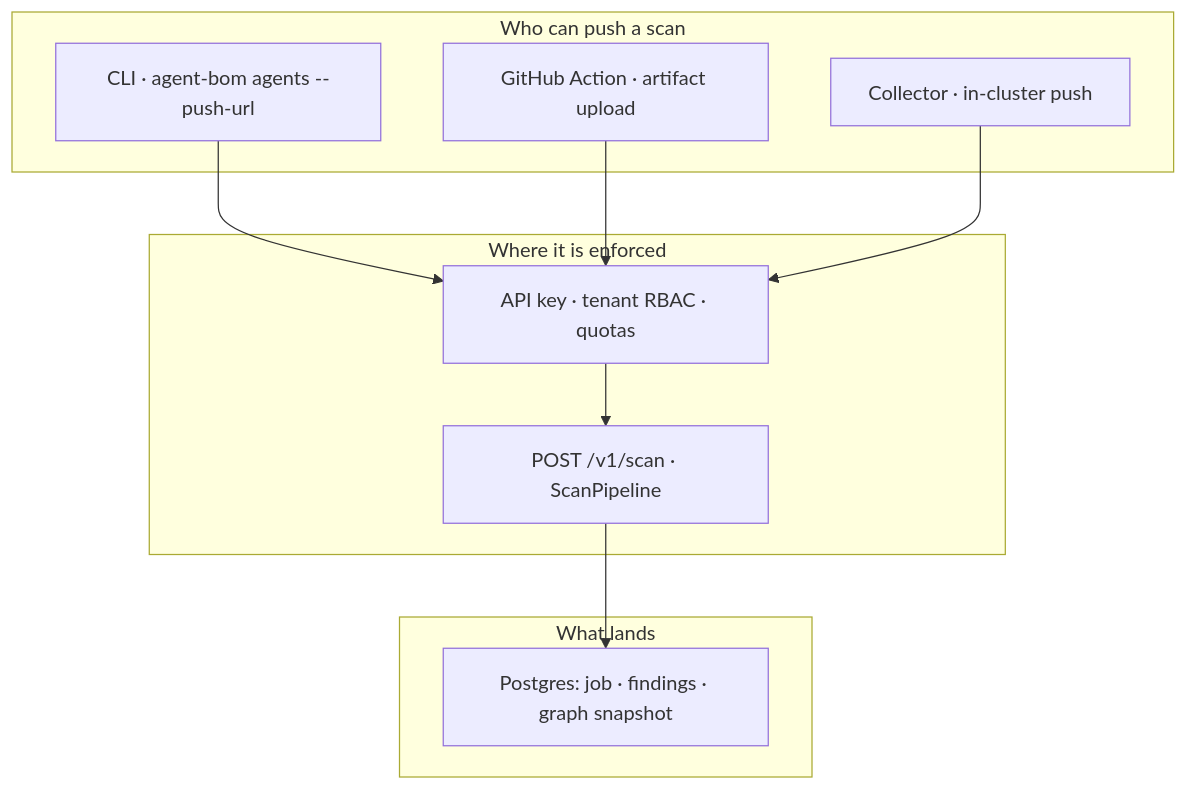
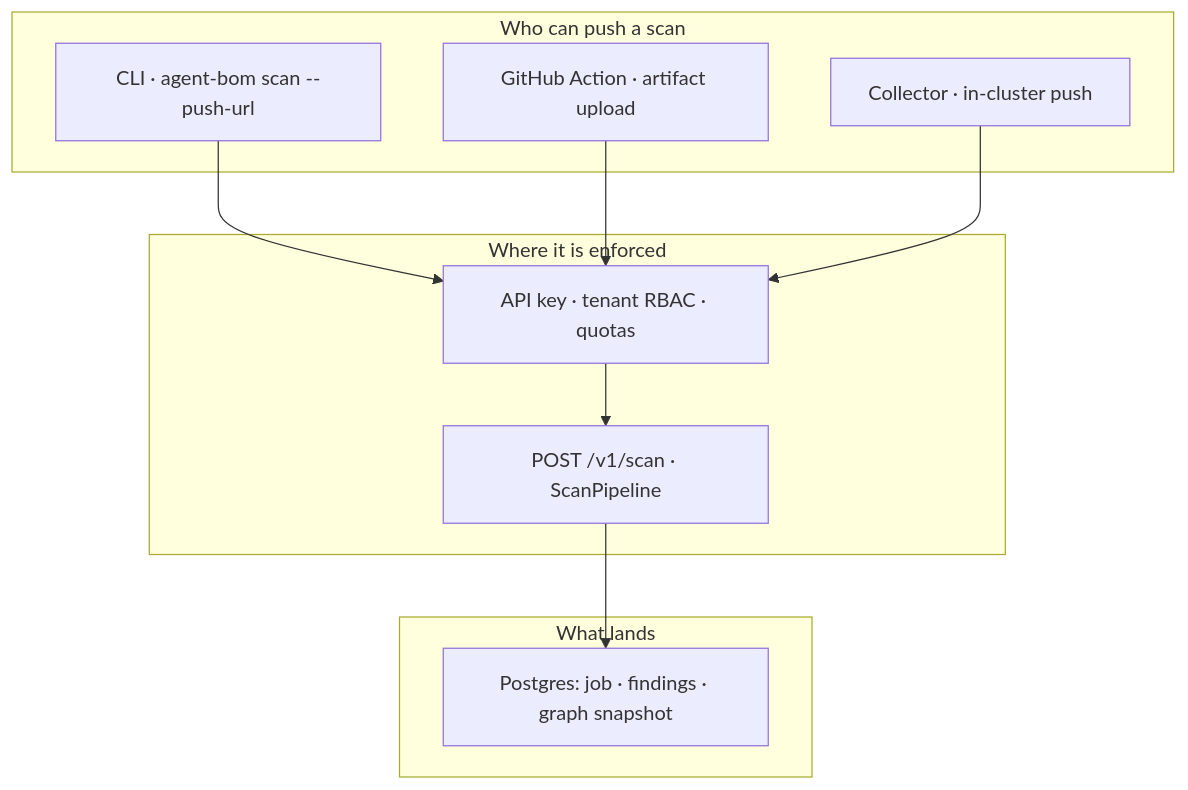
Before and after one commit to msaad00/agent-bom: the second of 2 diagrams in site-docs/architecture/how-agent-bom-works.md, drawn with Mermaid. The commit also changed 21 other files, not shown here.

````diff
--- a/site-docs/architecture/how-agent-bom-works.md
+++ b/site-docs/architecture/how-agent-bom-works.md
@@ -84,22 +84,22 @@
 ```mermaid
 flowchart TB
     subgraph Who["Who can push a scan"]
-        CLI["CLI · agent-bom agents --push-url"]
+        CLI["CLI · agent-bom scan --push-url"]
         CI["GitHub Action · artifact upload"]
         Coll["Collector · in-cluster push"]
     end
 
     subgraph Enforced["Where it is enforced"]
         Auth["API key · tenant RBAC · quotas"]
         Pipe["POST /v1/scan · ScanPipeline"]
     end
 
     subgraph Lands["What lands"]
         PG["Postgres: job · findings · graph snapshot"]
     end
 
     CLI --> Auth
     CI --> Auth
     Coll --> Auth
     Auth --> Pipe --> PG
 ```
````
